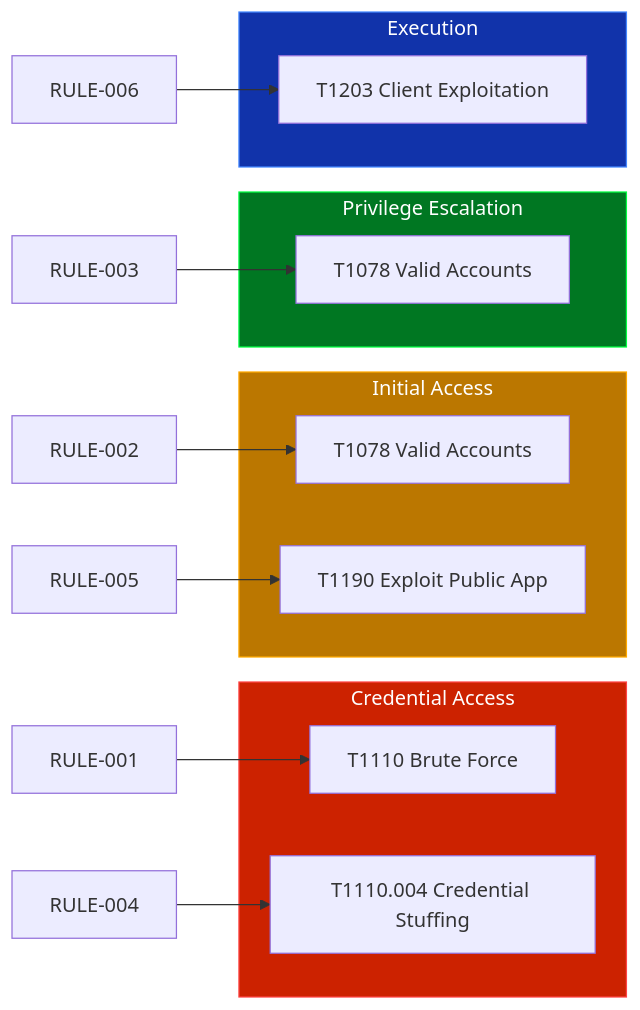
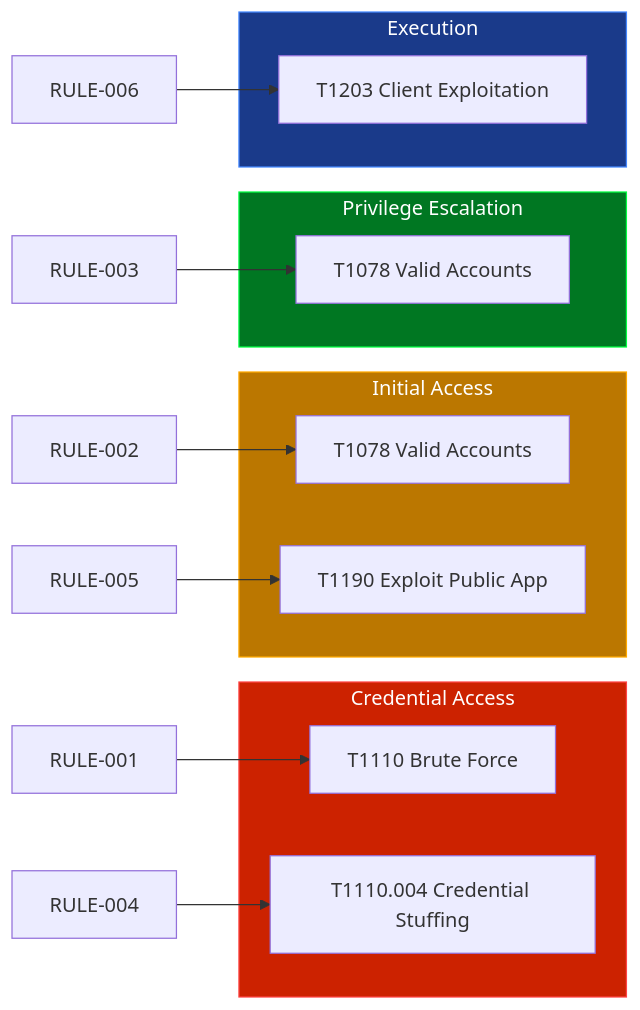
One commit to Speed-boo3/soc-project changed the second of 3 diagrams in README.md. Above: the diagram before and after it, drawn with Mermaid. The commit also changed other lines of this file, not shown here.

````diff
--- a/README.md
+++ b/README.md
@@ -206,28 +189,29 @@
 ```mermaid
 flowchart LR
     subgraph CA[Credential Access]
         T1110[T1110 Brute Force]
         T1110b[T1110.004 Credential Stuffing]
     end
     subgraph IA[Initial Access]
         T1078[T1078 Valid Accounts]
         T1190[T1190 Exploit Public App]
     end
     subgraph PE[Privilege Escalation]
         T1078b[T1078 Valid Accounts]
     end
     subgraph EX[Execution]
         T1203[T1203 Client Exploitation]
     end
+
     R1[RULE-001] --> T1110
     R4[RULE-004] --> T1110b
     R2[RULE-002] --> T1078
     R5[RULE-005] --> T1190
     R3[RULE-003] --> T1078b
     R6[RULE-006] --> T1203
 
     style CA fill:#cc2200,stroke:#ff4444,color:#ffffff
     style IA fill:#bb7700,stroke:#ffaa00,color:#ffffff
     style PE fill:#007722,stroke:#00ff41,color:#ffffff
-    style EX fill:#1133aa,stroke:#4488ff,color:#ffffff
+    style EX fill:#1a3a8a,stroke:#4488ff,color:#ffffff
 ```
````
